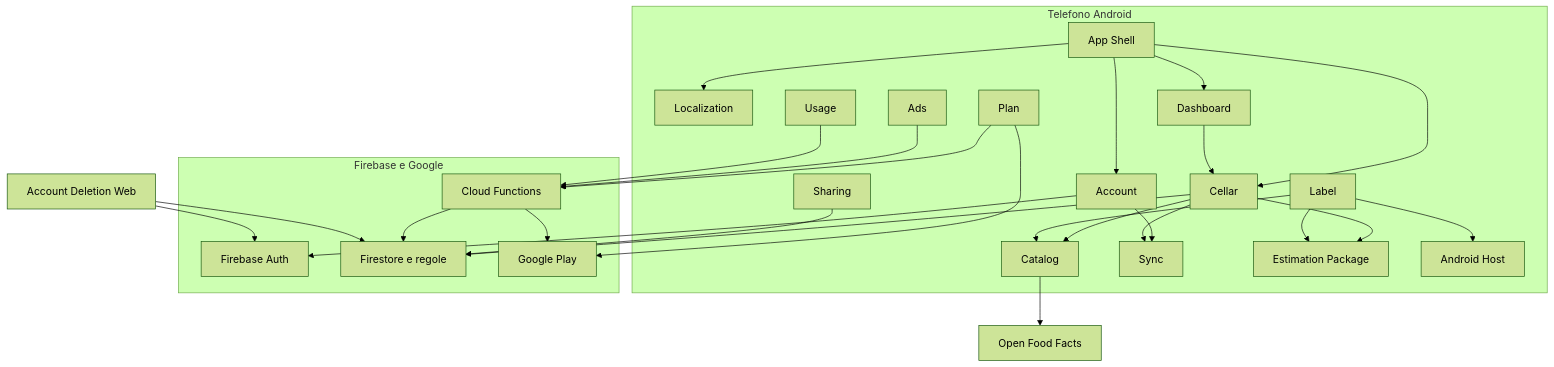
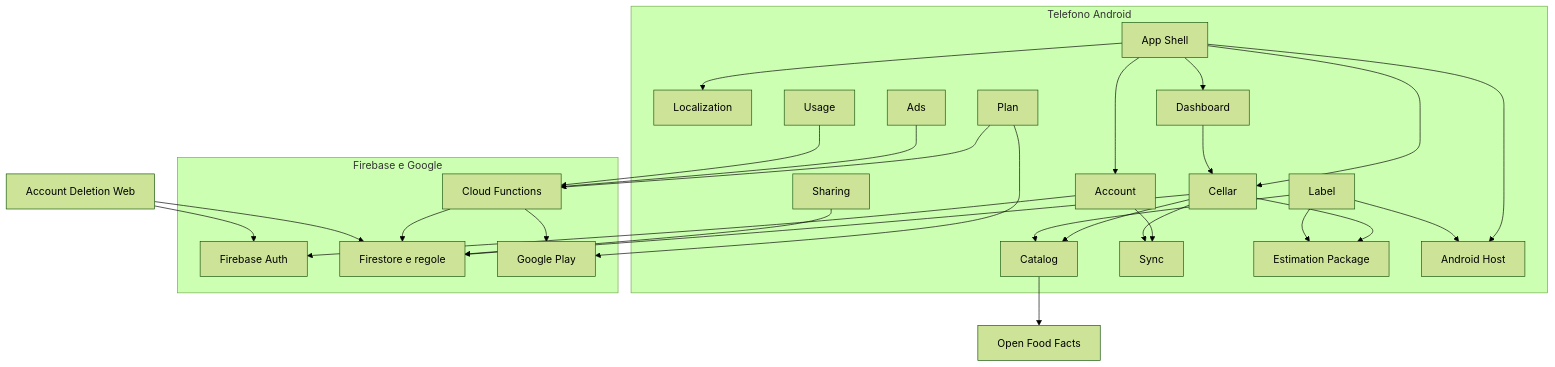
Before and after one commit to brunobottazzini/Vinoozy: the first of 5 diagrams in aidlc/spaces/default/codekb/Vinoozy/architecture.md, drawn with Mermaid (forest theme). The commit also changed other lines of this file and 182 other files, not shown here.

````diff
--- a/aidlc/spaces/default/codekb/Vinoozy/architecture.md
+++ b/aidlc/spaces/default/codekb/Vinoozy/architecture.md
@@ -20,52 +20,53 @@
 ```mermaid
 flowchart TD
   subgraph Phone["Telefono Android"]
     Shell["App Shell"]
     L10n["Localization"]
     Account["Account"]
     Cellar["Cellar"]
     Catalog["Catalog"]
     Label["Label"]
     Dashboard["Dashboard"]
     Sharing["Sharing"]
     Sync["Sync"]
     Plan["Plan"]
     Ads["Ads"]
     Usage["Usage"]
     Estimation["Estimation Package"]
     Host["Android Host"]
   end
   subgraph Cloud["Firebase e Google"]
     Auth["Firebase Auth"]
     Store["Firestore e regole"]
     Functions["Cloud Functions"]
     Play["Google Play"]
   end
   OFF["Open Food Facts"]
   Web["Account Deletion Web"]
 
   Shell --> Account
   Shell --> Cellar
   Shell --> Dashboard
   Shell --> L10n
+  Shell --> Host
   Account --> Auth
   Account --> Sync
   Cellar --> Estimation
   Cellar --> Catalog
   Cellar --> Sync
   Cellar --> Store
   Label --> Catalog
   Label --> Estimation
   Label --> Host
   Catalog --> OFF
   Dashboard --> Cellar
   Sharing --> Store
   Plan --> Functions
   Plan --> Play
   Ads --> Functions
   Usage --> Functions
   Functions --> Store
   Functions --> Play
   Web --> Auth
   Web --> Store
 ```
````
